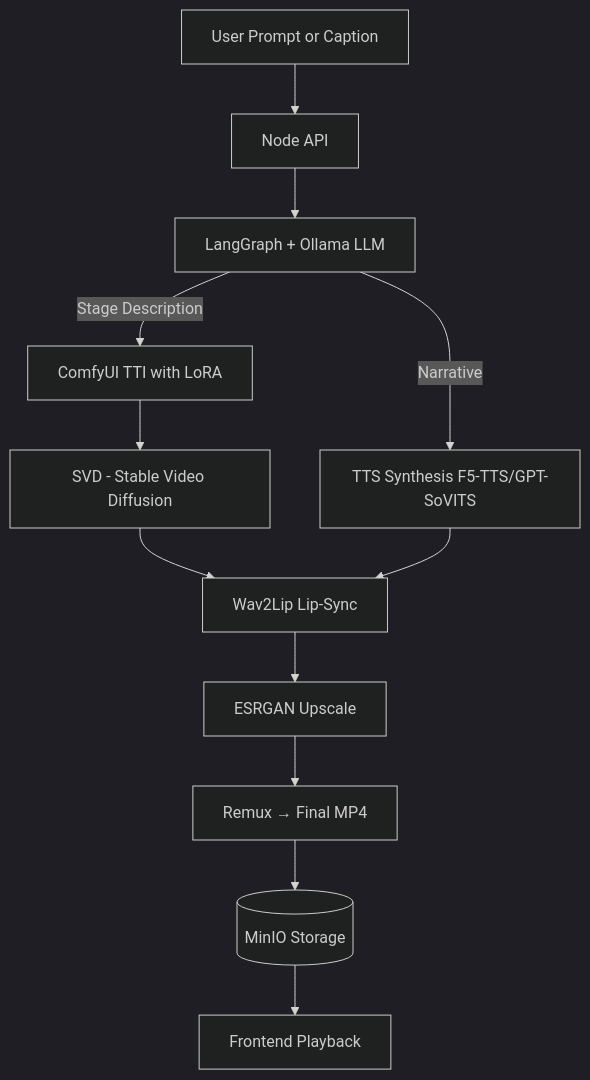
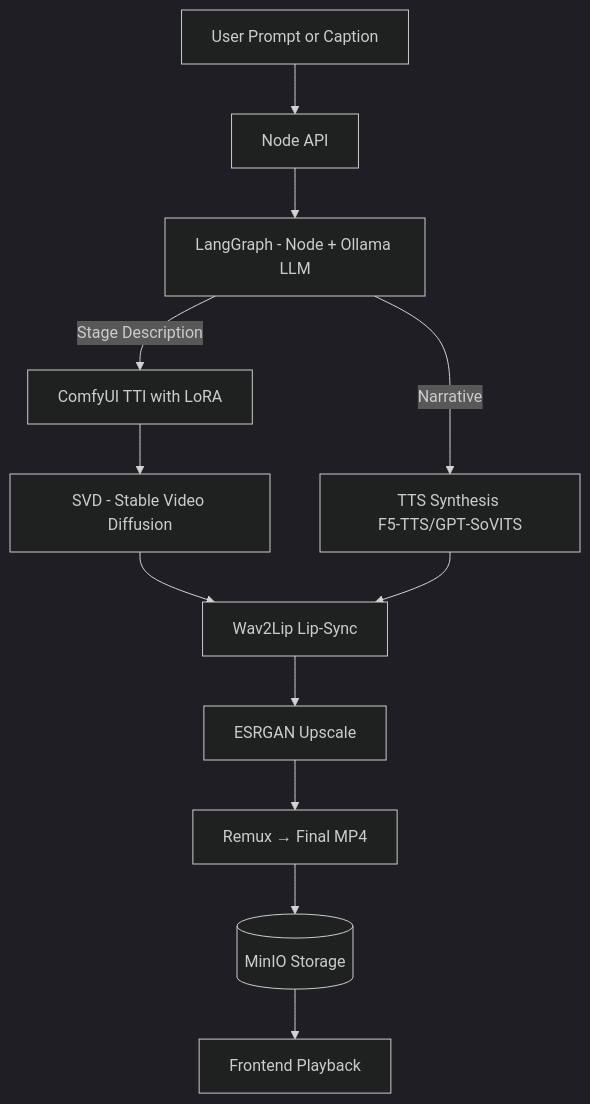
Before and after one commit to ktzevani/myspinbot: the third of 5 diagrams in docs/02_architecture_overview.md, drawn with Mermaid (dark theme). The commit also changed other lines of this file and 6 other files, not shown here.

Commit message:
Revised project architecture. Introduces new architecture with a double LangGraph orchestration (cross runtime), Redis Streams insteadn of BullMQ and Dramatiq instead of Celery.

````diff
--- a/docs/02_architecture_overview.md
+++ b/docs/02_architecture_overview.md
@@ -132,14 +143,14 @@
 ```mermaid
 flowchart TD
     A[User Prompt or Caption] --> B[Node API]
-    B --> C[LangGraph + Ollama LLM]
+    B --> C[LangGraph - Node + Ollama LLM]
     C --> |Stage Description| D[ComfyUI TTI with LoRA]
     D --> E[SVD - Stable Video Diffusion]
-    C --> |Narrative| F[TTS Synthesis F5-TTS/GPT-SoVITS]
+    C --> |Narrative| F[TTS Synthesis F5‑TTS/GPT‑SoVITS]
     E --> H[Wav2Lip Lip-Sync]
     F --> H
     H --> I[ESRGAN Upscale]
     I --> J[Remux → Final MP4]
     J --> K[(MinIO Storage)]
     K --> L[Frontend Playback]
 ```
````
